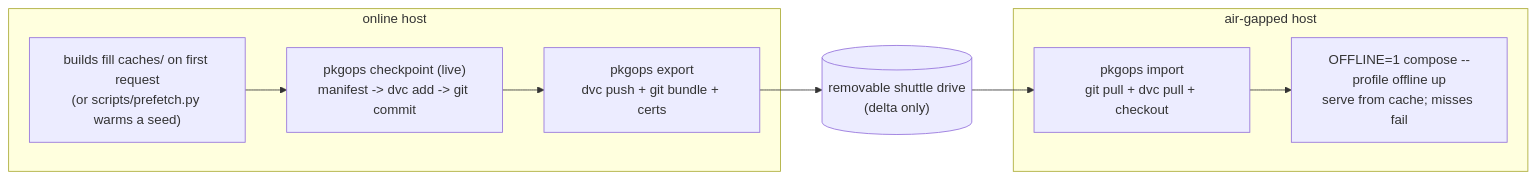
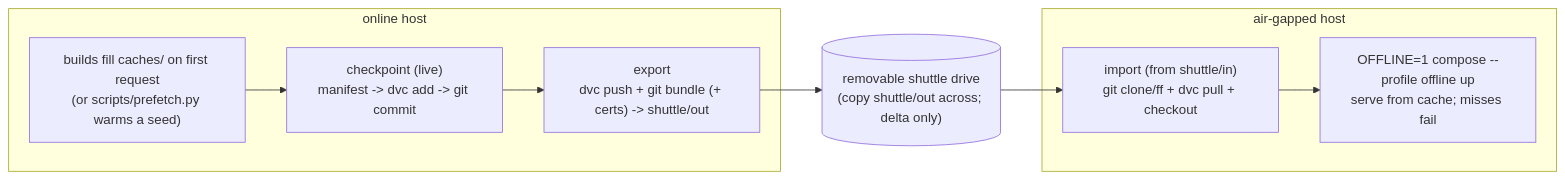
One commit to aabdlwahab/PKGCache changed the sixth of 7 diagrams in README.md. Above: the diagram before and after it, drawn with Mermaid. The commit also changed other lines of this file and 2 other files, not shown here.

First line of the commit message:
docs: rewrite README and add architecture/usage docs

````diff
--- a/README.md
+++ b/README.md
@@ -312,14 +501,14 @@
 ```mermaid
 flowchart LR
   subgraph online["online host"]
     o1["builds fill caches/ on first request\n(or scripts/prefetch.py warms a seed)"]
-    o2["pkgops checkpoint (live)\nmanifest -> dvc add -> git commit"]
-    o3["pkgops export\ndvc push + git bundle + certs"]
+    o2["checkpoint (live)\nmanifest -> dvc add -> git commit"]
+    o3["export\ndvc push + git bundle (+ certs) -> shuttle/out"]
   end
-  drive[("removable shuttle drive\n(delta only)")]
+  drive[("removable shuttle drive\n(copy shuttle/out across; delta only)")]
   subgraph air["air-gapped host"]
-    a1["pkgops import\ngit pull + dvc pull + checkout"]
+    a1["import (from shuttle/in)\ngit clone/ff + dvc pull + checkout"]
     a2["OFFLINE=1 compose --profile offline up\nserve from cache; misses fail"]
   end
   o1 --> o2 --> o3 --> drive --> a1 --> a2
 ```
````
